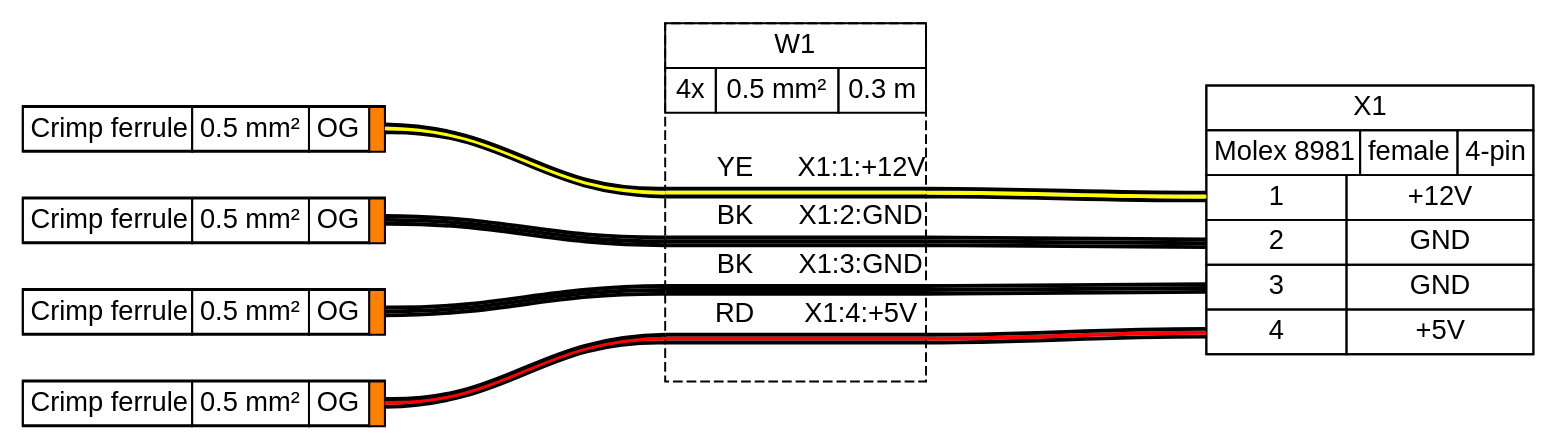
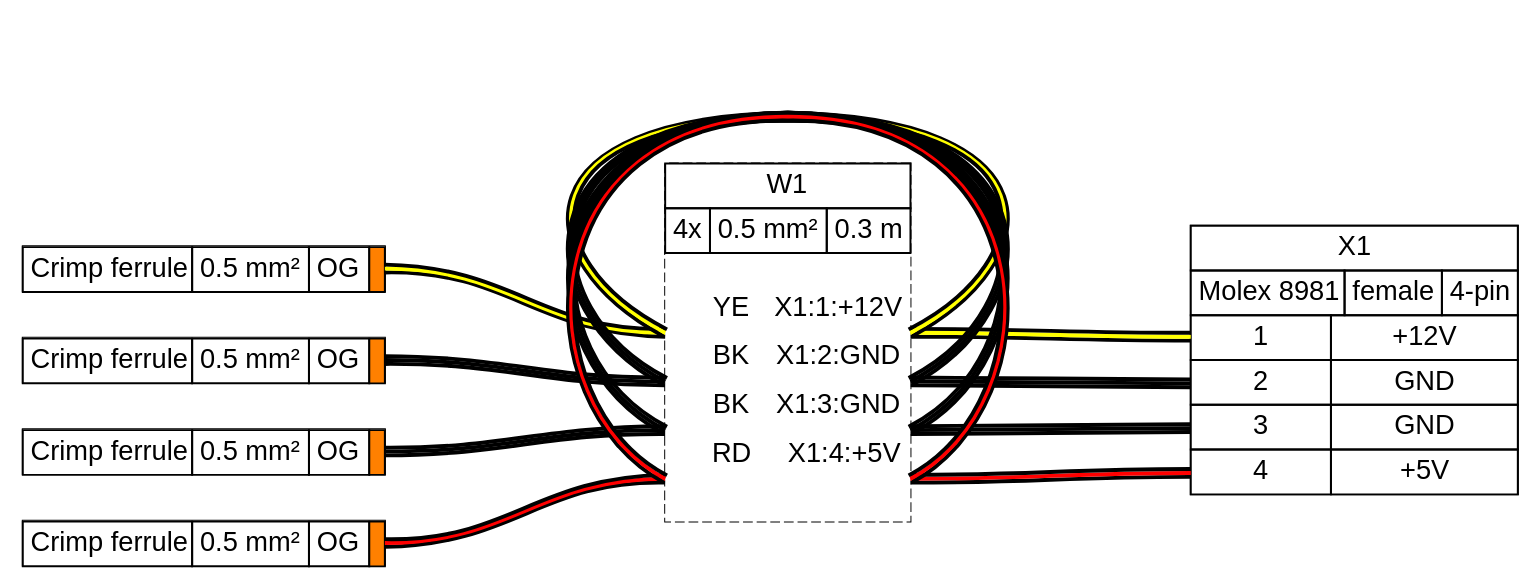
One commit to tobiasfalk/WireViz changed the diagram in tutorial/tutorial05.gv. Above: the diagram before and after it, drawn with Graphviz. The commit also changed 170 other files, not shown here.

```diff
--- a/tutorial/tutorial05.gv
+++ b/tutorial/tutorial05.gv
@@ -1,94 +1,252 @@
 graph {
-// Graph generated by WireViz 0.4-dev
+// Graph generated by WireViz 0.4-dev251
 // https://github.com/formatc1702/WireViz
 	graph [bgcolor="#FFFFFF" fontname=arial nodesep=0.33 rankdir=LR ranksep=2]
 	node [fillcolor="#FFFFFF" fontname=arial height=0 margin=0 shape=none style=filled width=0]
 	edge [fontname=arial style=bold]
 	AUTOGENERATED_F1_1 [label=<
-<table border="0" cellspacing="0" cellpadding="0">
- <tr><td>
-  <table border="0" cellspacing="0" cellpadding="3" cellborder="1"><tr>
-   <td balign="left">Crimp ferrule</td>
-   <td balign="left">0.5 mm²</td>
-   <td balign="left">OG</td>
-   <td balign="left" bgcolor="#FF8000" width="4"></td>
-  </tr></table>
- </td></tr>
+<table border="0" cellspacing="0" cellpadding="0" port="p1r" bgcolor="#FFFFFF">
+ <tr>
+  <td port="p1l">
+   <table border="0" cellborder="1" cellpadding="3" cellspacing="0">
+    <tr>
+     <td>Crimp ferrule</td>
+     <td>0.5 mm²</td>
+     <td>OG</td>
+     <td bgcolor="#FF8000" sides="TBLR"></td>
+    </tr>
+   </table>
+  </td>
+ </tr>
 </table>
-> fillcolor="#FFFFFF" shape=box style=filled]
+> shape=box style=filled]
 	AUTOGENERATED_F1_2 [label=<
-<table border="0" cellspacing="0" cellpadding="0">
- <tr><td>
-  <table border="0" cellspacing="0" cellpadding="3" cellborder="1"><tr>
-   <td balign="left">Crimp ferrule</td>
-   <td balign="left">0.5 mm²</td>
-   <td balign="left">OG</td>
-   <td balign="left" bgcolor="#FF8000" width="4"></td>
-  </tr></table>
- </td></tr>
+<table border="0" cellspacing="0" cellpadding="0" port="p1r" bgcolor="#FFFFFF">
+ <tr>
+  <td port="p1l">
+   <table border="0" cellborder="1" cellpadding="3" cellspacing="0">
+    <tr>
+     <td>Crimp ferrule</td>
+     <td>0.5 mm²</td>
+     <td>OG</td>
+     <td bgcolor="#FF8000" sides="TBLR"></td>
+    </tr>
+   </table>
+  </td>
+ </tr>
 </table>
-> fillcolor="#FFFFFF" shape=box style=filled]
+> shape=box style=filled]
 	AUTOGENERATED_F1_3 [label=<
-<table border="0" cellspacing="0" cellpadding="0">
- <tr><td>
-  <table border="0" cellspacing="0" cellpadding="3" cellborder="1"><tr>
-   <td balign="left">Crimp ferrule</td>
-   <td balign="left">0.5 mm²</td>
-   <td balign="left">OG</td>
-   <td balign="left" bgcolor="#FF8000" width="4"></td>
-  </tr></table>
- </td></tr>
+<table border="0" cellspacing="0" cellpadding="0" port="p1r" bgcolor="#FFFFFF">
+ <tr>
+  <td port="p1l">
+   <table border="0" cellborder="1" cellpadding="3" cellspacing="0">
+    <tr>
+     <td>Crimp ferrule</td>
+     <td>0.5 mm²</td>
+     <td>OG</td>
+     <td bgcolor="#FF8000" sides="TBLR"></td>
+    </tr>
+   </table>
+  </td>
+ </tr>
 </table>
-> fillcolor="#FFFFFF" shape=box style=filled]
+> shape=box style=filled]
 	AUTOGENERATED_F1_4 [label=<
-<table border="0" cellspacing="0" cellpadding="0">
- <tr><td>
-  <table border="0" cellspacing="0" cellpadding="3" cellborder="1"><tr>
-   <td balign="left">Crimp ferrule</td>
-   <td balign="left">0.5 mm²</td>
-   <td balign="left">OG</td>
-   <td balign="left" bgcolor="#FF8000" width="4"></td>
-  </tr></table>
- </td></tr>
+<table border="0" cellspacing="0" cellpadding="0" port="p1r" bgcolor="#FFFFFF">
+ <tr>
+  <td port="p1l">
+   <table border="0" cellborder="1" cellpadding="3" cellspacing="0">
+    <tr>
+     <td>Crimp ferrule</td>
+     <td>0.5 mm²</td>
+     <td>OG</td>
+     <td bgcolor="#FF8000" sides="TBLR"></td>
+    </tr>
+   </table>
+  </td>
+ </tr>
 </table>
-> fillcolor="#FFFFFF" shape=box style=filled]
+> shape=box style=filled]
 	X1 [label=<
-<table border="0" cellspacing="0" cellpadding="0">
- <tr><td>
-  <table border="0" cellspacing="0" cellpadding="3" cellborder="1"><tr>
-   <td balign="left">X1</td>
-  </tr></table>
- </td></tr>
- <tr><td>
-  <table border="0" cellspacing="0" cellpadding="3" cellborder="1"><tr>
-   <td balign="left">Molex 8981</td>
-   <td balign="left">female</td>
-   <td balign="left">4-pin</td>
-  </tr></table>
- </td></tr>
- <tr><td>
-  <table border="0" cellspacing="0" cellpadding="3" cellborder="1">
-   <tr>
-    <td port="p1l">1</td>
-    <td>+12V</td>
-   </tr>
-   <tr>
-    <td port="p2l">2</td>
-    <td>GND</td>
-   </tr>
-   <tr>
-    <td port="p3l">3</td>
-    <td>GND</td>
-   </tr>
-   <tr>
-    <td port="p4l">4</td>
-    <td>+5V</td>
-   </tr>
-  </table>
- </td></tr>
+<table border="0" cellspacing="0" cellpadding="0" bgcolor="#FFFFFF">
+ <tr>
+  <td>
+   <table border="0" cellborder="1" cellpadding="3" cellspacing="0">
+    <tr>
+     <td>X1</td>
+    </tr>
+   </table>
+  </td>
+ </tr>
+ <tr>
+  <td>
+   <table border="0" cellborder="1" cellpadding="3" cellspacing="0">
+    <tr>
+     <td>Molex 8981</td>
+     <td>female</td>
+     <td>4-pin</td>
+    </tr>
+   </table>
+  </td>
+ </tr>
+ <tr>
+  <td>
+   <table border="0" cellborder="1" cellpadding="3" cellspacing="0">
+    <tr>
+     <td port="p1l">1</td>
+     <td>+12V</td>
+     []
+    </tr>
+    <tr>
+     <td port="p2l">2</td>
+     <td>GND</td>
+     []
+    </tr>
+    <tr>
+     <td port="p3l">3</td>
+     <td>GND</td>
+     []
+    </tr>
+    <tr>
+     <td port="p4l">4</td>
+     <td>+5V</td>
+     []
+    </tr>
+   </table>
+  </td>
+ </tr>
 </table>
-> fillcolor="#FFFFFF" shape=box style=filled]
-	edge [color="#000000:#ffff00:#000000"]
+> shape=box style=filled]
+	W1 [label=<
+<table border="0" cellspacing="0" cellpadding="0" bgcolor="#FFFFFF">
+ <tr>
+  <td>
+   <table border="0" cellborder="1" cellpadding="3" cellspacing="0">
+    <tr>
+     <td>W1</td>
+    </tr>
+   </table>
+  </td>
+ </tr>
+ <tr>
+  <td>
+   <table border="0" cellborder="1" cellpadding="3" cellspacing="0">
+    <tr>
+     <td>4x</td>
+     <td>0.5 mm²</td>
+     <td>0.3 m</td>
+    </tr>
+   </table>
+  </td>
+ </tr>
+ <tr>
+  <td>
+   <table border="0" cellborder="0" cellspacing="0">
+    <tr>
+     <td>&nbsp;</td>
+    </tr>
+    <tr>
+     <td align="left"> </td>
+     <td> </td>
+     <td></td>
+     <td>YE</td>
+     <td> </td>
+     <td align="right">X1:1:+12V </td>
+    </tr>
+    <tr>
+     <td border="0" cellspacing="0" cellpadding="0" colspan="6" height="6" port="w1">
+      <table border="0" cellborder="0" cellspacing="0">
+       <tr>
+        <td bgcolor="#FFFFFF" border="0" cellpadding="0" colspan="6" height="2"></td>
+       </tr>
+       <tr>
+        <td bgcolor="#FFFFFF" border="0" cellpadding="0" colspan="6" height="2"></td>
+       </tr>
+       <tr>
+        <td bgcolor="#FFFFFF" border="0" cellpadding="0" colspan="6" height="2"></td>
+       </tr>
+      </table>
+     </td>
+    </tr>
+    <tr>
+     <td align="left"> </td>
+     <td> </td>
+     <td></td>
+     <td>BK</td>
+     <td> </td>
+     <td align="right">X1:2:GND </td>
+    </tr>
+    <tr>
+     <td border="0" cellspacing="0" cellpadding="0" colspan="6" height="6" port="w2">
+      <table border="0" cellborder="0" cellspacing="0">
+       <tr>
+        <td bgcolor="#FFFFFF" border="0" cellpadding="0" colspan="6" height="2"></td>
+       </tr>
+       <tr>
+        <td bgcolor="#FFFFFF" border="0" cellpadding="0" colspan="6" height="2"></td>
+       </tr>
+       <tr>
+        <td bgcolor="#FFFFFF" border="0" cellpadding="0" colspan="6" height="2"></td>
+       </tr>
+      </table>
+     </td>
+    </tr>
+    <tr>
+     <td align="left"> </td>
+     <td> </td>
+     <td></td>
+     <td>BK</td>
+     <td> </td>
+     <td align="right">X1:3:GND </td>
+    </tr>
+    <tr>
+     <td border="0" cellspacing="0" cellpadding="0" colspan="6" height="6" port="w3">
+      <table border="0" cellborder="0" cellspacing="0">
+       <tr>
+        <td bgcolor="#FFFFFF" border="0" cellpadding="0" colspan="6" height="2"></td>
+       </tr>
+       <tr>
+        <td bgcolor="#FFFFFF" border="0" cellpadding="0" colspan="6" height="2"></td>
+       </tr>
+       <tr>
+        <td bgcolor="#FFFFFF" border="0" cellpadding="0" colspan="6" height="2"></td>
+       </tr>
+      </table>
+     </td>
+    </tr>
+    <tr>
+     <td align="left"> </td>
+     <td> </td>
+     <td></td>
+     <td>RD</td>
+     <td> </td>
+     <td align="right">X1:4:+5V </td>
+    </tr>
+    <tr>
+     <td border="0" cellspacing="0" cellpadding="0" colspan="6" height="6" port="w4">
+      <table border="0" cellborder="0" cellspacing="0">
+       <tr>
+        <td bgcolor="#FFFFFF" border="0" cellpadding="0" colspan="6" height="2"></td>
+       </tr>
+       <tr>
+        <td bgcolor="#FFFFFF" border="0" cellpadding="0" colspan="6" height="2"></td>
+       </tr>
+       <tr>
+        <td bgcolor="#FFFFFF" border="0" cellpadding="0" colspan="6" height="2"></td>
+       </tr>
+      </table>
+     </td>
+    </tr>
+    <tr>
+     <td>&nbsp;</td>
+    </tr>
+   </table>
+  </td>
+ </tr>
+</table>
+> shape=box style="filled,dashed"]
+	edge [color="#000000:#FFFF00:#000000"]
 	AUTOGENERATED_F1_1:e -- W1:w1:w
 	W1:w1:e -- X1:p1l:w
 	edge [color="#000000:#000000:#000000"]
@@ -97,93 +255,11 @@
 	edge [color="#000000:#000000:#000000"]
 	AUTOGENERATED_F1_3:e -- W1:w3:w
 	W1:w3:e -- X1:p3l:w
-	edge [color="#000000:#ff0000:#000000"]
+	edge [color="#000000:#FF0000:#000000"]
 	AUTOGENERATED_F1_4:e -- W1:w4:w
 	W1:w4:e -- X1:p4l:w
-	W1 [label=<
-<table border="0" cellspacing="0" cellpadding="0">
- <tr><td>
-  <table border="0" cellspacing="0" cellpadding="3" cellborder="1"><tr>
-   <td balign="left">W1</td>
-  </tr></table>
- </td></tr>
- <tr><td>
-  <table border="0" cellspacing="0" cellpadding="3" cellborder="1"><tr>
-   <td balign="left">4x</td>
-   <td balign="left">0.5 mm²</td>
-   <td balign="left">0.3 m</td>
-  </tr></table>
- </td></tr>
- <tr><td>
-  <table border="0" cellspacing="0" cellborder="0">
-   <tr><td>&nbsp;</td></tr>
-   <tr>
-    <td></td>
-    <td>
-     YE
-    </td>
-    <td>X1:1:+12V</td>
-   </tr>
-   <tr>
-    <td colspan="3" border="0" cellspacing="0" cellpadding="0" port="w1" height="6">
-     <table cellspacing="0" cellborder="0" border="0">
-      <tr><td colspan="3" cellpadding="0" height="2" bgcolor="#000000" border="0"></td></tr>
-      <tr><td colspan="3" cellpadding="0" height="2" bgcolor="#ffff00" border="0"></td></tr>
-      <tr><td colspan="3" cellpadding="0" height="2" bgcolor="#000000" border="0"></td></tr>
-     </table>
-    </td>
-   </tr>
-   <tr>
-    <td></td>
-    <td>
-     BK
-    </td>
-    <td>X1:2:GND</td>
-   </tr>
-   <tr>
-    <td colspan="3" border="0" cellspacing="0" cellpadding="0" port="w2" height="6">
-     <table cellspacing="0" cellborder="0" border="0">
-      <tr><td colspan="3" cellpadding="0" height="2" bgcolor="#000000" border="0"></td></tr>
-      <tr><td colspan="3" cellpadding="0" height="2" bgcolor="#000000" border="0"></td></tr>
-      <tr><td colspan="3" cellpadding="0" height="2" bgcolor="#000000" border="0"></td></tr>
-     </table>
-    </td>
-   </tr>
-   <tr>
-    <td></td>
-    <td>
-     BK
-    </td>
-    <td>X1:3:GND</td>
-   </tr>
-   <tr>
-    <td colspan="3" border="0" cellspacing="0" cellpadding="0" port="w3" height="6">
-     <table cellspacing="0" cellborder="0" border="0">
-      <tr><td colspan="3" cellpadding="0" height="2" bgcolor="#000000" border="0"></td></tr>
-      <tr><td colspan="3" cellpadding="0" height="2" bgcolor="#000000" border="0"></td></tr>
-      <tr><td colspan="3" cellpadding="0" height="2" bgcolor="#000000" border="0"></td></tr>
-     </table>
-    </td>
-   </tr>
-   <tr>
-    <td></td>
-    <td>
-     RD
-    </td>
-    <td>X1:4:+5V</td>
-   </tr>
-   <tr>
-    <td colspan="3" border="0" cellspacing="0" cellpadding="0" port="w4" height="6">
-     <table cellspacing="0" cellborder="0" border="0">
-      <tr><td colspan="3" cellpadding="0" height="2" bgcolor="#000000" border="0"></td></tr>
-      <tr><td colspan="3" cellpadding="0" height="2" bgcolor="#ff0000" border="0"></td></tr>
-      <tr><td colspan="3" cellpadding="0" height="2" bgcolor="#000000" border="0"></td></tr>
-     </table>
-    </td>
-   </tr>
-   <tr><td>&nbsp;</td></tr>
-  </table>
- </td></tr>
-</table>
-> fillcolor="#FFFFFF" shape=box style="filled,dashed"]
+	W1:w1:e -- W1:w1:w [color="#000000:#FFFF00:#000000" straight=straight]
+	W1:w2:e -- W1:w2:w [color="#000000:#000000:#000000" straight=straight]
+	W1:w3:e -- W1:w3:w [color="#000000:#000000:#000000" straight=straight]
+	W1:w4:e -- W1:w4:w [color="#000000:#FF0000:#000000" straight=straight]
 }
```
